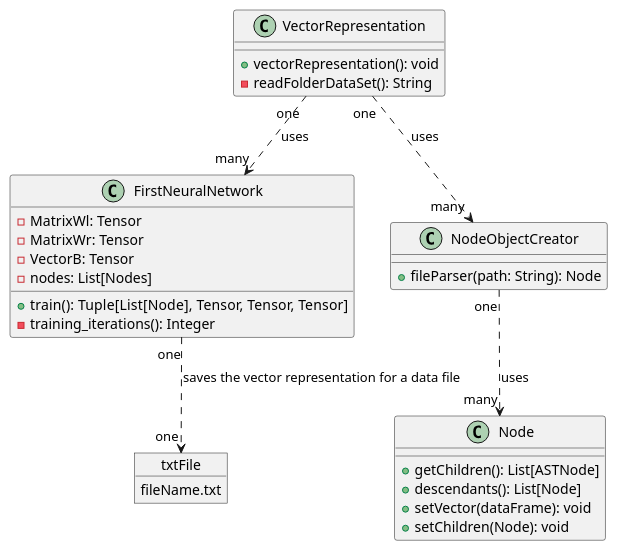
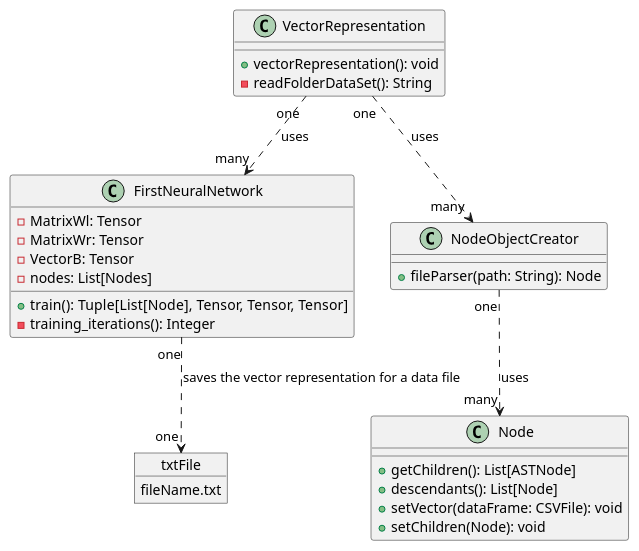
One commit to a-domingu/tbcnn2 changed the diagram in documentation/class_diagrams/vector_representation.puml. Above: the diagram before and after it, drawn with PlantUML. The commit also changed 4 other files, not shown here.

Commit message:
We modify some aspects of the class diagram and we add some comments in the instructions.md

```diff
--- a/documentation/class_diagrams/vector_representation.puml
+++ b/documentation/class_diagrams/vector_representation.puml
@@ -1,44 +1,44 @@
 @startuml Vector_representation-model
 
 class VectorRepresentation {
     + vectorRepresentation(): void
     - readFolderDataSet(): String
 }
 
 
 class FirstNeuralNetwork {
     - MatrixWl: Tensor
     - MatrixWr: Tensor
     - VectorB: Tensor
     - nodes: List[Nodes]
     + train(): Tuple[List[Node], Tensor, Tensor, Tensor]
     - training_iterations(): Integer
 }
 
 
 class Node {
 
     + getChildren(): List[ASTNode]
     + descendants(): List[Node]
-    + setVector(dataFrame): void
+    + setVector(dataFrame: CSVFile): void
     + setChildren(Node): void
 }
 
 
 class NodeObjectCreator {
     + fileParser(path: String): Node
 }
 
 object txtFile {
     fileName.txt
 }
 
 
 VectorRepresentation "one" ..> "many" FirstNeuralNetwork : uses
 VectorRepresentation "one" ..> "many" NodeObjectCreator : uses
 NodeObjectCreator "one"..> "many" Node : uses
 
 FirstNeuralNetwork "one" ..> "one" txtFile: saves the vector representation for a data file
 
 
 @enduml
```
